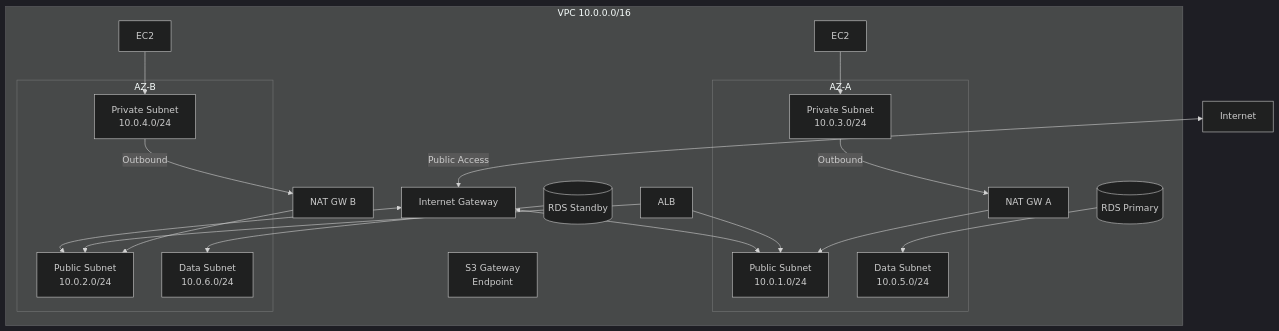
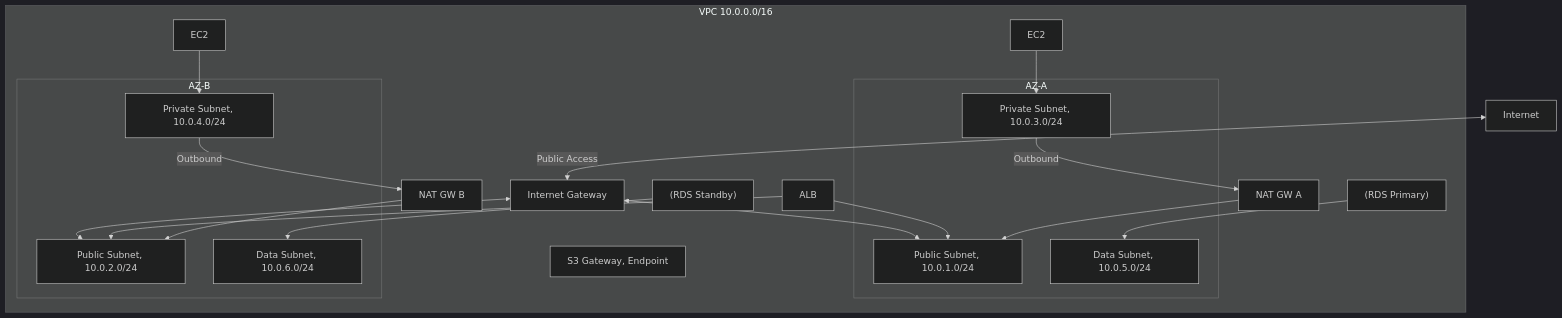
Before and after one commit to DeeptiShuklaProject/Uday_AWS: the first of 5 diagrams in Chapter_04_Amazon_VPC.md, drawn with Mermaid (dark theme). The commit also changed other lines of this file and 34 other files, not shown here.

Commit message:
Fix mermaid diagrams syntax across all chapters (quote labels and remove HTML)

````diff
--- a/Chapter_04_Amazon_VPC.md
+++ b/Chapter_04_Amazon_VPC.md
@@ -275,37 +275,37 @@
 ```mermaid
 flowchart TD
     Internet[Internet] <-->|Public Access| IGW[Internet Gateway]
     
     subgraph VPC["VPC 10.0.0.0/16"]
         subgraph AZA["AZ-A"]
-            PubA[Public Subnet<br>10.0.1.0/24]
-            PrivA[Private Subnet<br>10.0.3.0/24]
-            DataA[Data Subnet<br>10.0.5.0/24]
+            PubA["Public Subnet, 10.0.1.0/24"]
+            PrivA["Private Subnet, 10.0.3.0/24"]
+            DataA["Data Subnet, 10.0.5.0/24"]
         end
         
         subgraph AZB["AZ-B"]
-            PubB[Public Subnet<br>10.0.2.0/24]
-            PrivB[Private Subnet<br>10.0.4.0/24]
-            DataB[Data Subnet<br>10.0.6.0/24]
+            PubB["Public Subnet, 10.0.2.0/24"]
+            PrivB["Private Subnet, 10.0.4.0/24"]
+            DataB["Data Subnet, 10.0.6.0/24"]
         end
         
         IGW <--> PubA
         IGW <--> PubB
         
         ALB[ALB] --> PubA
         ALB --> PubB
         
         NATGW_A[NAT GW A] --> PubA
         NATGW_B[NAT GW B] --> PubB
         
         EC2A[EC2] --> PrivA
         EC2B[EC2] --> PrivB
         PrivA -->|Outbound| NATGW_A
         PrivB -->|Outbound| NATGW_B
         
-        RDS_A[(RDS Primary)] --> DataA
-        RDS_B[(RDS Standby)] --> DataB
+        RDS_A["(RDS Primary)"] --> DataA
+        RDS_B["(RDS Standby)"] --> DataB
         
-        S3EP[S3 Gateway<br>Endpoint]
+        S3EP["S3 Gateway, Endpoint"]
     end
 ```
````
